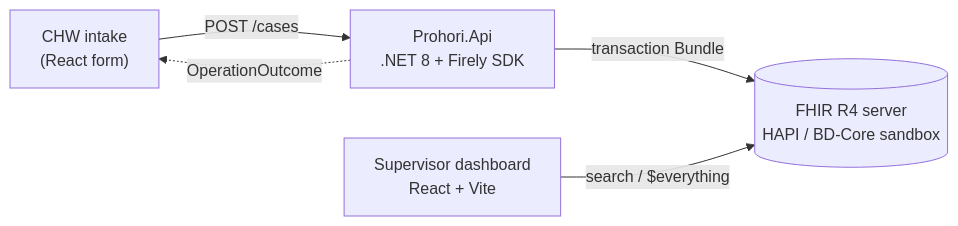
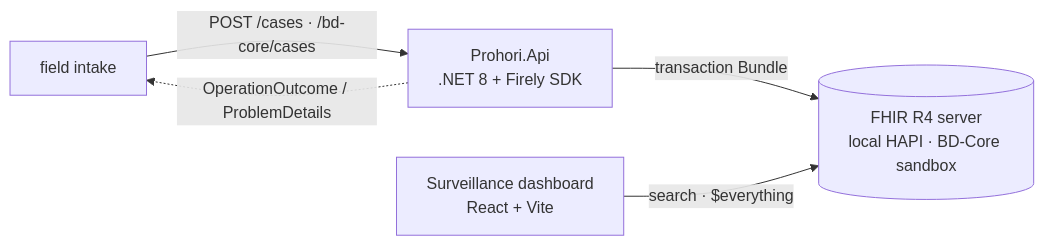
One commit to khalilurrrahmanridoykhan/prohori-fhir-case-registry changed the diagram in README.md. Above: the diagram before and after it, drawn with Mermaid. The commit also changed other lines of this file and 1 other file, not shown here.

First line of the commit message:
docs(phase-g): deploy runbook, live-badges, architecture refresh

````diff
--- a/README.md
+++ b/README.md
@@ -34,7 +38,7 @@
 ```mermaid
 flowchart LR
-  CHW["CHW intake\n(React form)"] -->|POST /cases| API["Prohori.Api\n.NET 8 + Firely SDK"]
-  API -->|transaction Bundle| FHIR[("FHIR R4 server\nHAPI / BD-Core sandbox")]
-  SUP["Supervisor dashboard\nReact + Vite"] -->|search / $everything| FHIR
-  API -.->|OperationOutcome| CHW
+  CHW["field intake"] -->|"POST /cases · /bd-core/cases"| API["Prohori.Api<br/>.NET 8 + Firely SDK"]
+  API -->|"transaction Bundle"| FHIR[("FHIR R4 server<br/>local HAPI · BD-Core sandbox")]
+  SUP["Surveillance dashboard<br/>React + Vite"] -->|"search · $everything"| FHIR
+  API -.->|"OperationOutcome / ProblemDetails"| CHW
 ```
````
